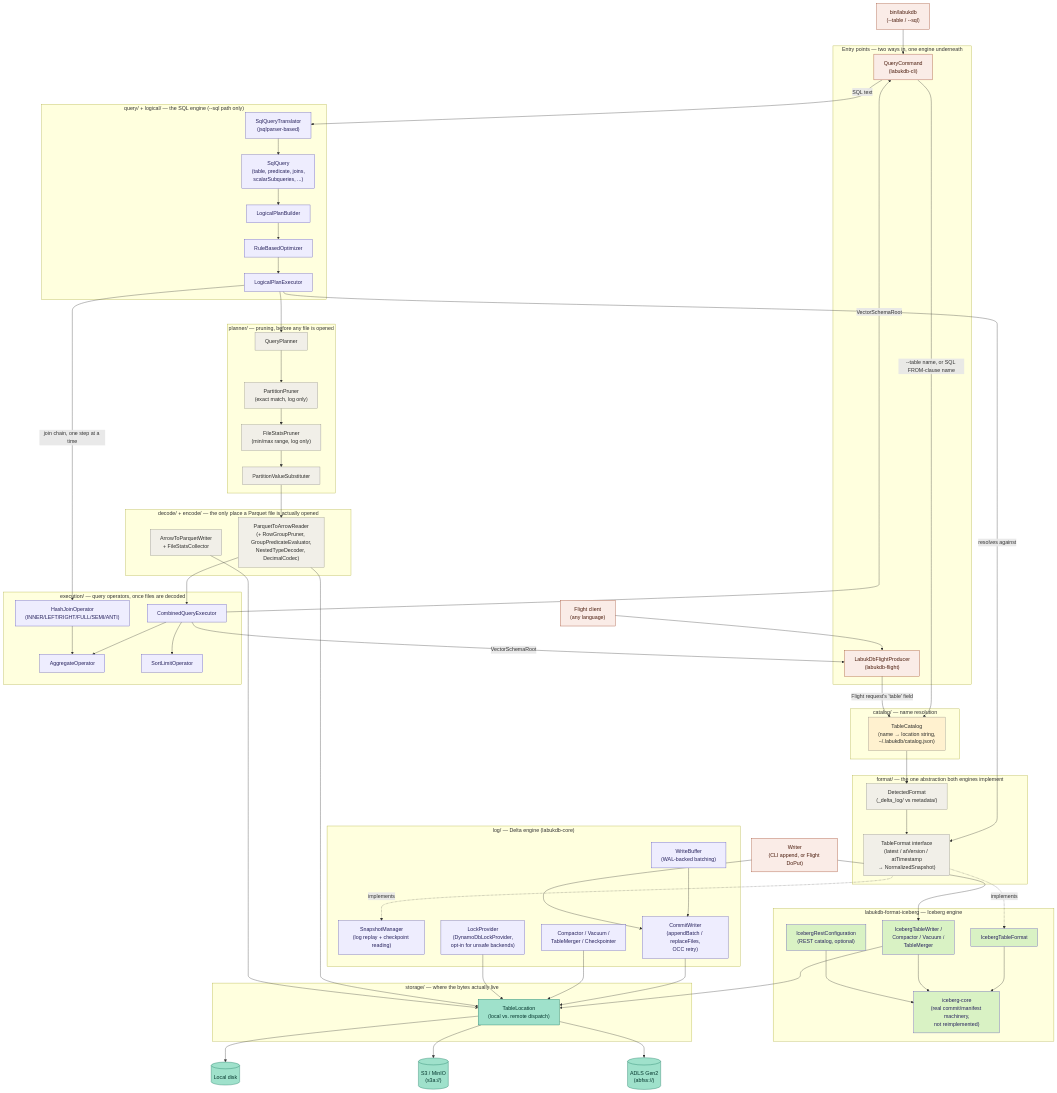
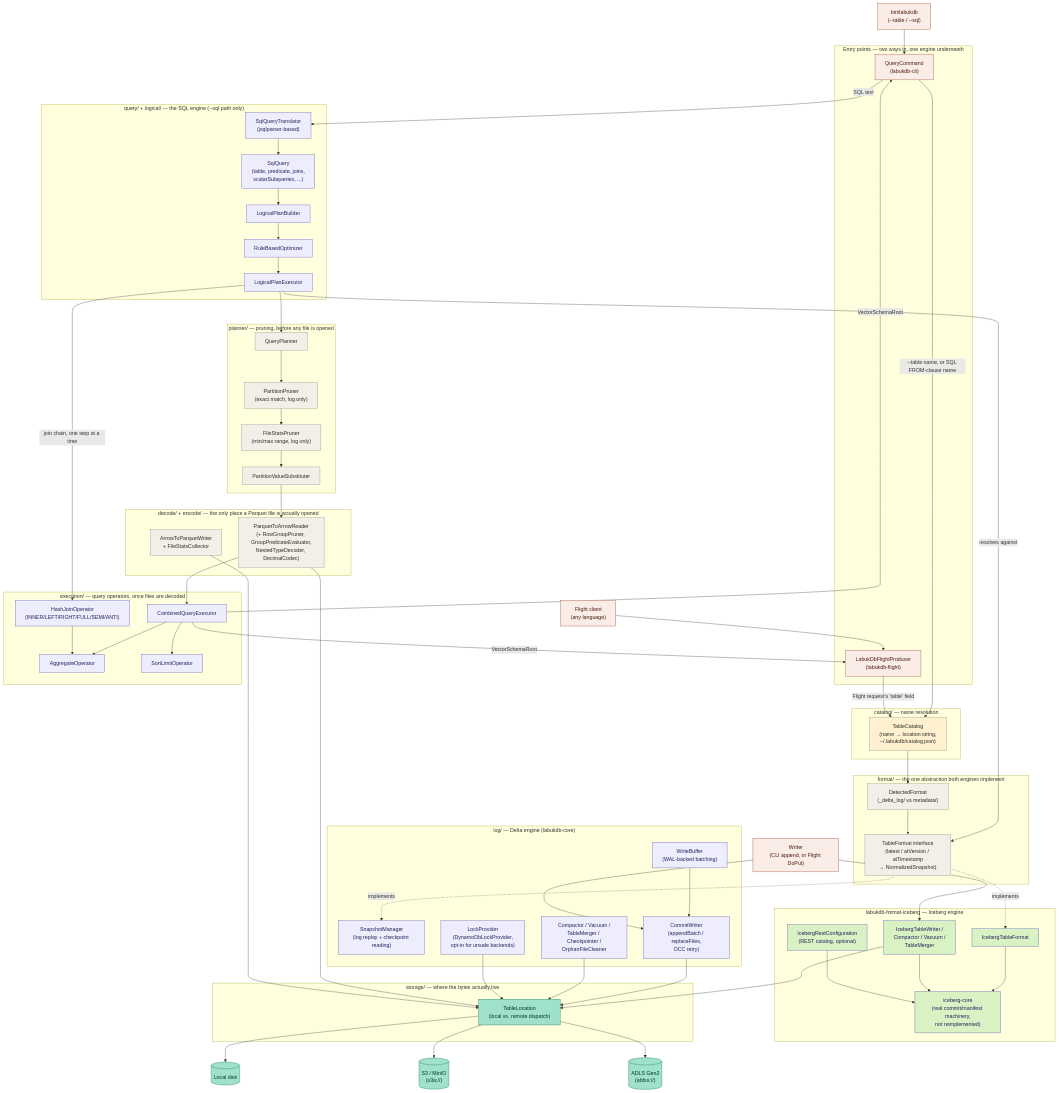
One commit to codelabuk/labukDB changed the diagram in docs/diagrams/full-architecture.md. Above: the diagram before and after it, drawn with Mermaid. The commit also changed 6 other files, not shown here.

First line of the commit message:
Add OrphanFileCleaner: delete Parquet files no commit ever mentioned

```diff
--- a/docs/diagrams/full-architecture.md
+++ b/docs/diagrams/full-architecture.md
@@ -57,7 +57,7 @@
         SM["SnapshotManager<br/>(log replay + checkpoint reading)"]:::deltaNode
         CW["CommitWriter<br/>(appendBatch / replaceFiles,<br/>OCC retry)"]:::deltaNode
         WB["WriteBuffer<br/>(WAL-backed batching)"]:::deltaNode
-        COMPACT["Compactor / Vacuum /<br/>TableMerger / Checkpointer"]:::deltaNode
+        COMPACT["Compactor / Vacuum /<br/>TableMerger / Checkpointer /<br/>OrphanFileCleaner"]:::deltaNode
         LOCK["LockProvider<br/>(DynamoDbLockProvider,<br/>opt-in for unsafe backends)"]:::deltaNode
     end
 
```
